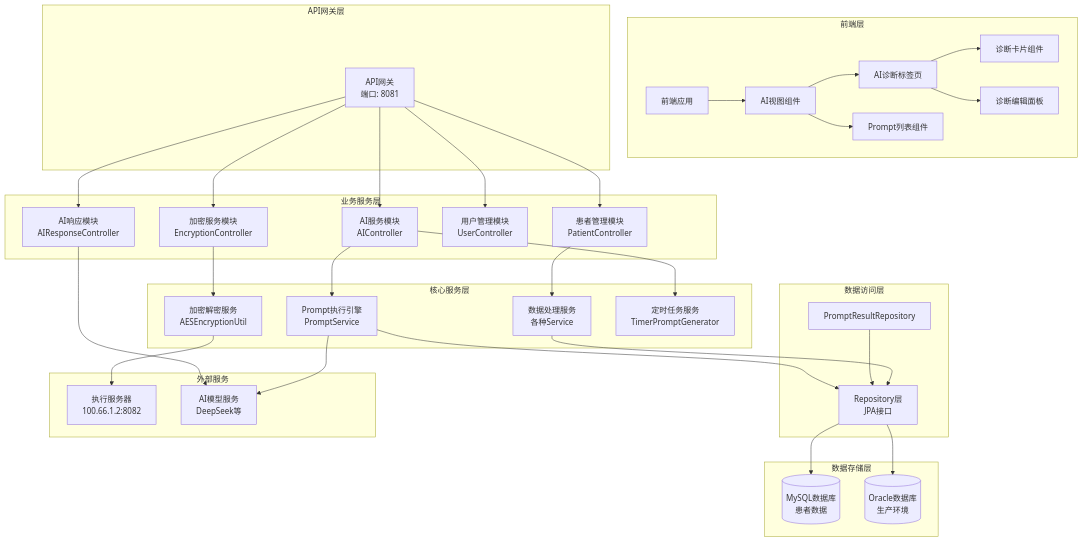
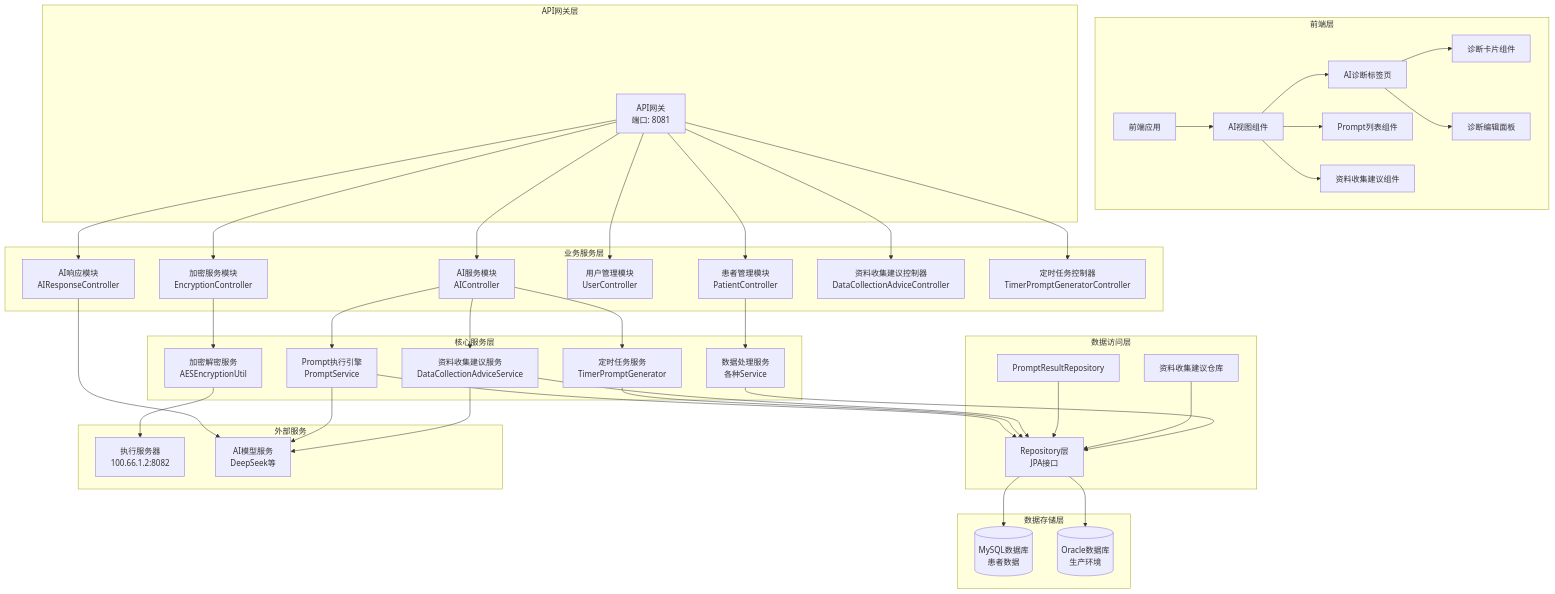
One commit to liuzh2008/med_ai_assistant_workspace changed the first of 9 diagrams in .qoder/repowiki/zh/content/核心功能模块/AI诊断辅助系统.md. Above: the diagram before and after it, drawn with Mermaid. The commit also changed other lines of this file and 3 other files, not shown here.

````diff
--- a/.qoder/repowiki/zh/content/核心功能模块/AI诊断辅助系统.md
+++ b/.qoder/repowiki/zh/content/核心功能模块/AI诊断辅助系统.md
@@ -58,61 +71,74 @@
 ```mermaid
 graph TB
 subgraph "前端层"
 FE[前端应用]
 AIView[AI视图组件]
 AIDiagnosisTab[AI诊断标签页]
 PromptList[Prompt列表组件]
 DiagnosisCard[诊断卡片组件]
 DiagnosisEditPanel[诊断编辑面板]
+DataCollectionAdvice[资料收集建议组件]
 end
 subgraph "API网关层"
 Gateway[API网关<br/>端口: 8081]
 end
 subgraph "业务服务层"
 AI[AI服务模块<br/>AIController]
 AIResp[AI响应模块<br/>AIResponseController]
 Patient[患者管理模块<br/>PatientController]
 User[用户管理模块<br/>UserController]
 Encrypt[加密服务模块<br/>EncryptionController]
+DataCollectionAdviceCtrl[资料收集建议控制器<br/>DataCollectionAdviceController]
+TimerCtrl[定时任务控制器<br/>TimerPromptGeneratorController]
 end
 subgraph "核心服务层"
 PromptSvc[Prompt执行引擎<br/>PromptService]
 DataSvc[数据处理服务<br/>各种Service]
 EncryptSvc[加密解密服务<br/>AESEncryptionUtil]
 TimerSvc[定时任务服务<br/>TimerPromptGenerator]
+DataCollectionAdviceSvc[资料收集建议服务<br/>DataCollectionAdviceService]
 end
 subgraph "数据访问层"
 Repo[Repository层<br/>JPA接口]
 PromptResultRepo[PromptResultRepository]
+DataCollectionAdviceRepo[资料收集建议仓库]
 end
 subgraph "数据存储层"
 MySQL[(MySQL数据库<br/>患者数据)]
 Oracle[(Oracle数据库<br/>生产环境)]
 end
 subgraph "外部服务"
 ExecutionServer[执行服务器<br/>100.66.1.2:8082]
 AIModel[AI模型服务<br/>DeepSeek等]
 end
 FE --> AIView
 AIView --> AIDiagnosisTab
 AIView --> PromptList
+AIView --> DataCollectionAdvice
 AIDiagnosisTab --> DiagnosisCard
 AIDiagnosisTab --> DiagnosisEditPanel
 Gateway --> AI
 Gateway --> AIResp
 Gateway --> Patient
 Gateway --> User
 Gateway --> Encrypt
+Gateway --> DataCollectionAdviceCtrl
+Gateway --> TimerCtrl
 AI --> PromptSvc
 AI --> TimerSvc
 AIResp --> AIModel
+AI --> DataCollectionAdviceSvc
 Patient --> DataSvc
 Encrypt --> EncryptSvc
 PromptSvc --> Repo
+TimerSvc --> Repo
+DataCollectionAdviceSvc --> Repo
 PromptResultRepo --> Repo
+DataCollectionAdviceRepo --> Repo
 DataSvc --> Repo
 Repo --> MySQL
 Repo --> Oracle
 EncryptSvc --> ExecutionServer
 PromptSvc --> AIModel
+DataCollectionAdviceSvc --> AIModel
 ```
````
